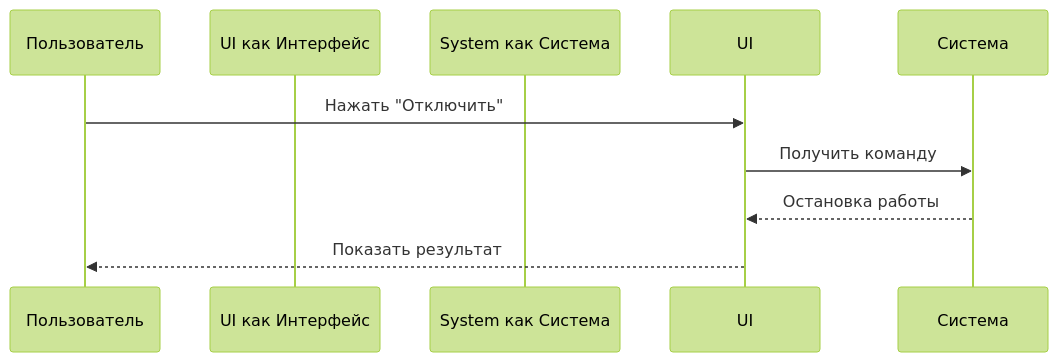
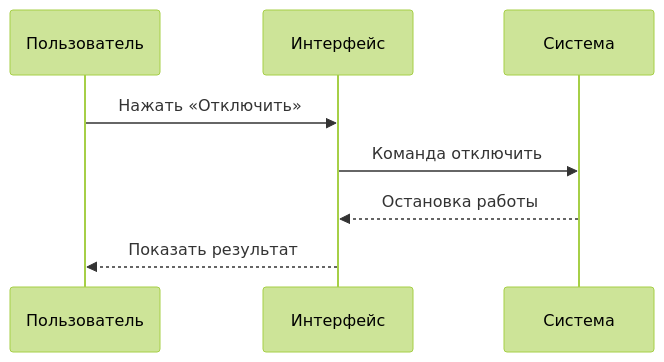
Before and after one commit to Spirzen/it-knowledge-base: the fourth of 6 diagrams in docs/encyclopedia/1-basics/1-11-soft-ryadovogo-polzovatelya/1.md, drawn with Mermaid (forest theme). The commit also changed other lines of this file and 1180 other files, not shown here.

````diff
--- a/docs/encyclopedia/1-basics/1-11-soft-ryadovogo-polzovatelya/1.md
+++ b/docs/encyclopedia/1-basics/1-11-soft-ryadovogo-polzovatelya/1.md
@@ -1514,10 +1300,10 @@
 ```mermaid
 sequenceDiagram
     participant User as Пользователь
-    participant UI как Интерфейс
-    participant System как Система
-    User->>UI: Нажать "Отключить"
-    UI->>Система: Получить команду
-    Система-->>UI: Остановка работы
+    participant UI as Интерфейс
+    participant System as Система
+    User->>UI: Нажать «Отключить»
+    UI->>System: Команда отключить
+    System-->>UI: Остановка работы
     UI-->>User: Показать результат
 ```
````
